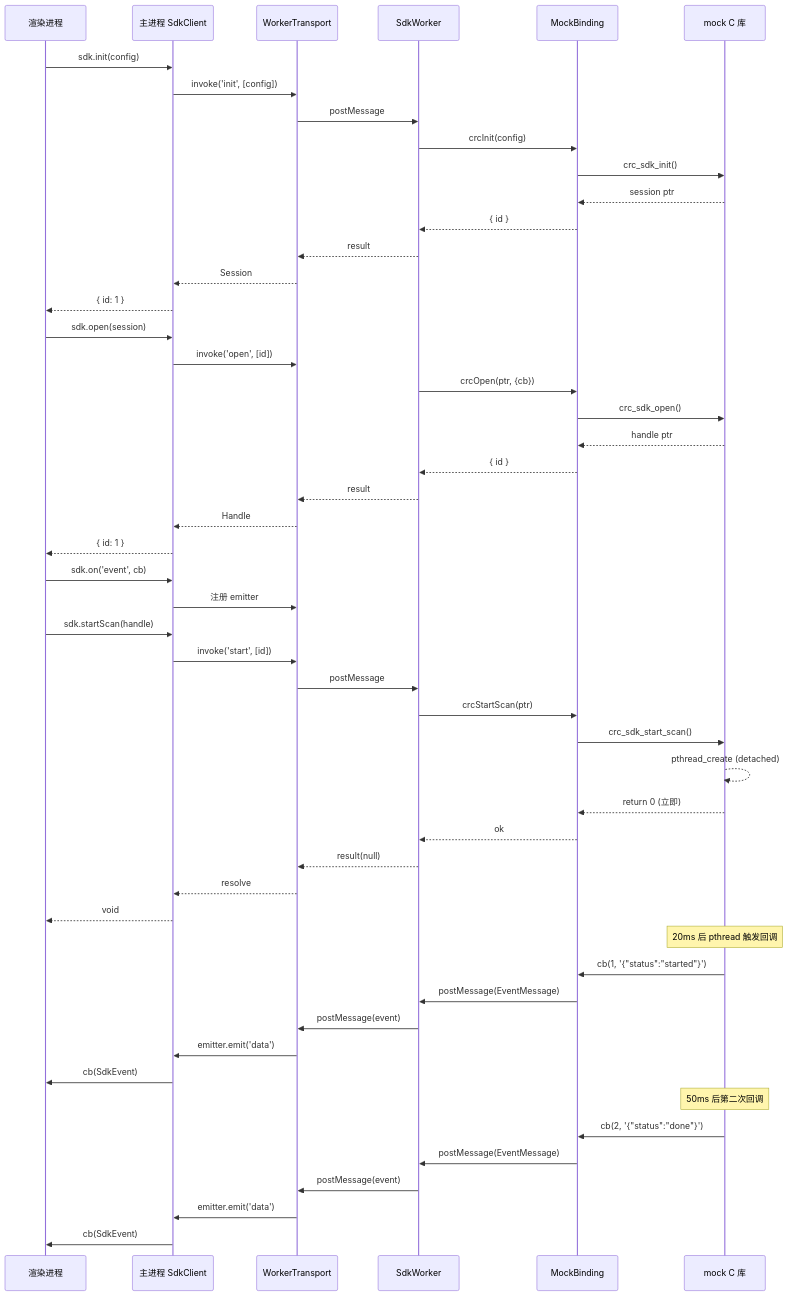
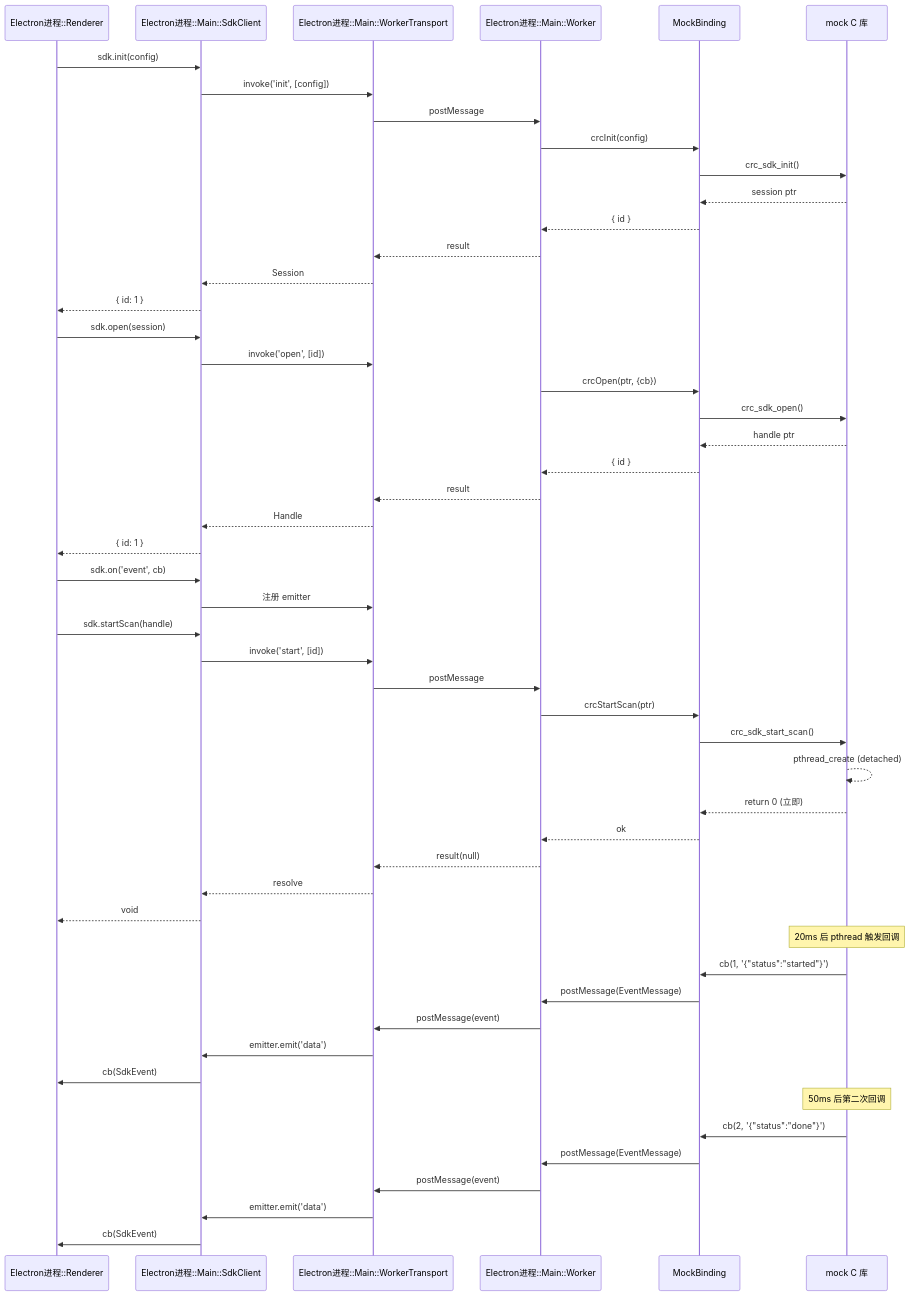
One commit to lupnfer/vue_with_csdk changed the third of 12 diagrams in docs/architecture-diagrams.md. Above: the diagram before and after it, drawn with Mermaid. The commit also changed other lines of this file, not shown here.

Commit message:
docs: 统一时序图 participant 命名为 Electron进程::模块 格式

````diff
--- a/docs/architecture-diagrams.md
+++ b/docs/architecture-diagrams.md
@@ -129,59 +129,59 @@
 ```mermaid
 sequenceDiagram
-    participant R as 渲染进程
-    participant M as 主进程 SdkClient
-    participant T as WorkerTransport
-    participant W as SdkWorker
+    participant R as Electron进程::Renderer
+    participant M as Electron进程::Main::SdkClient
+    participant T as Electron进程::Main::WorkerTransport
+    participant W as Electron进程::Main::Worker
     participant B as MockBinding
     participant C as mock C 库
 
     R->>M: sdk.init(config)
     M->>T: invoke('init', [config])
     T->>W: postMessage
     W->>B: crcInit(config)
     B->>C: crc_sdk_init()
     C-->>B: session ptr
     B-->>W: { id }
     W-->>T: result
     T-->>M: Session
     M-->>R: { id: 1 }
 
     R->>M: sdk.open(session)
     M->>T: invoke('open', [id])
     W->>B: crcOpen(ptr, {cb})
     B->>C: crc_sdk_open()
     C-->>B: handle ptr
     B-->>W: { id }
     W-->>T: result
     T-->>M: Handle
     M-->>R: { id: 1 }
 
     R->>M: sdk.on('event', cb)
     M->>T: 注册 emitter
 
     R->>M: sdk.startScan(handle)
     M->>T: invoke('start', [id])
     T->>W: postMessage
     W->>B: crcStartScan(ptr)
     B->>C: crc_sdk_start_scan()
     C-->>C: pthread_create (detached)
     C-->>B: return 0 (立即)
     B-->>W: ok
     W-->>T: result(null)
     T-->>M: resolve
     M-->>R: void
 
     Note over C: 20ms 后 pthread 触发回调
     C->>B: cb(1, '{"status":"started"}')
     B->>W: postMessage(EventMessage)
     W->>T: postMessage(event)
     T->>M: emitter.emit('data')
     M->>R: cb(SdkEvent)
 
     Note over C: 50ms 后第二次回调
     C->>B: cb(2, '{"status":"done"}')
     B->>W: postMessage(EventMessage)
     W->>T: postMessage(event)
     T->>M: emitter.emit('data')
     M->>R: cb(SdkEvent)
 ```
````
